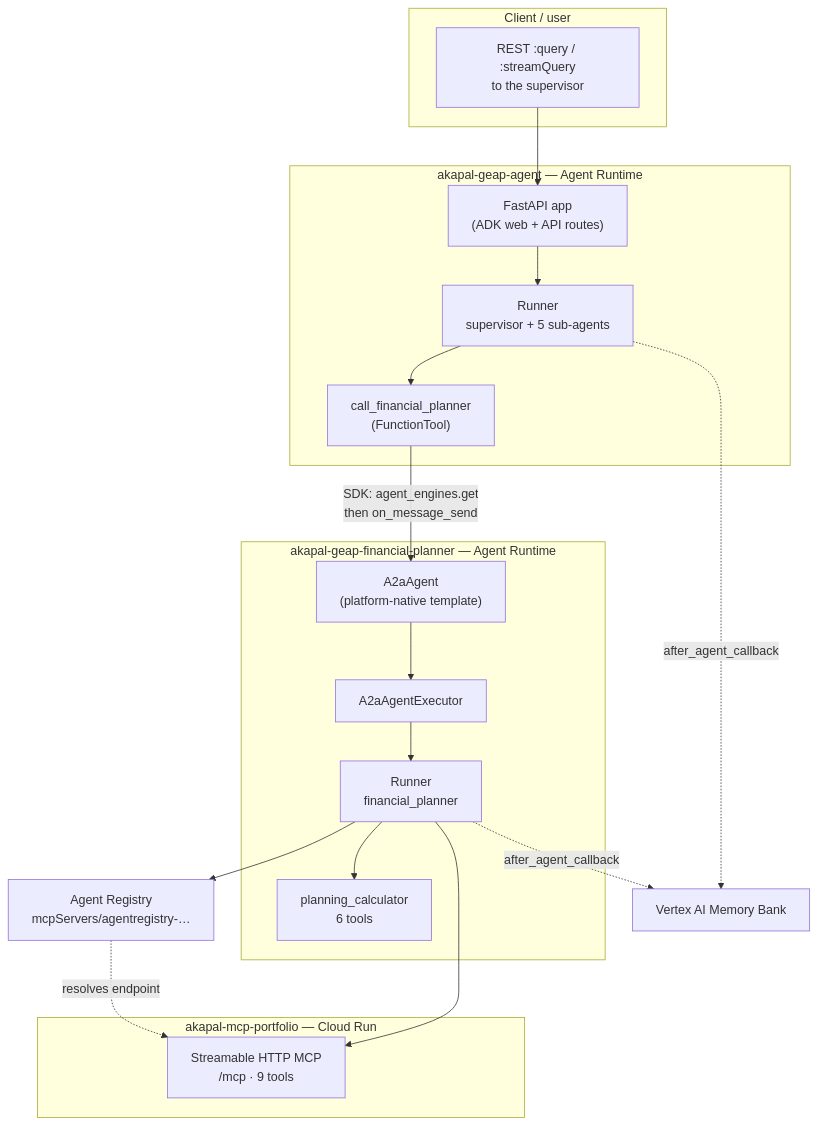
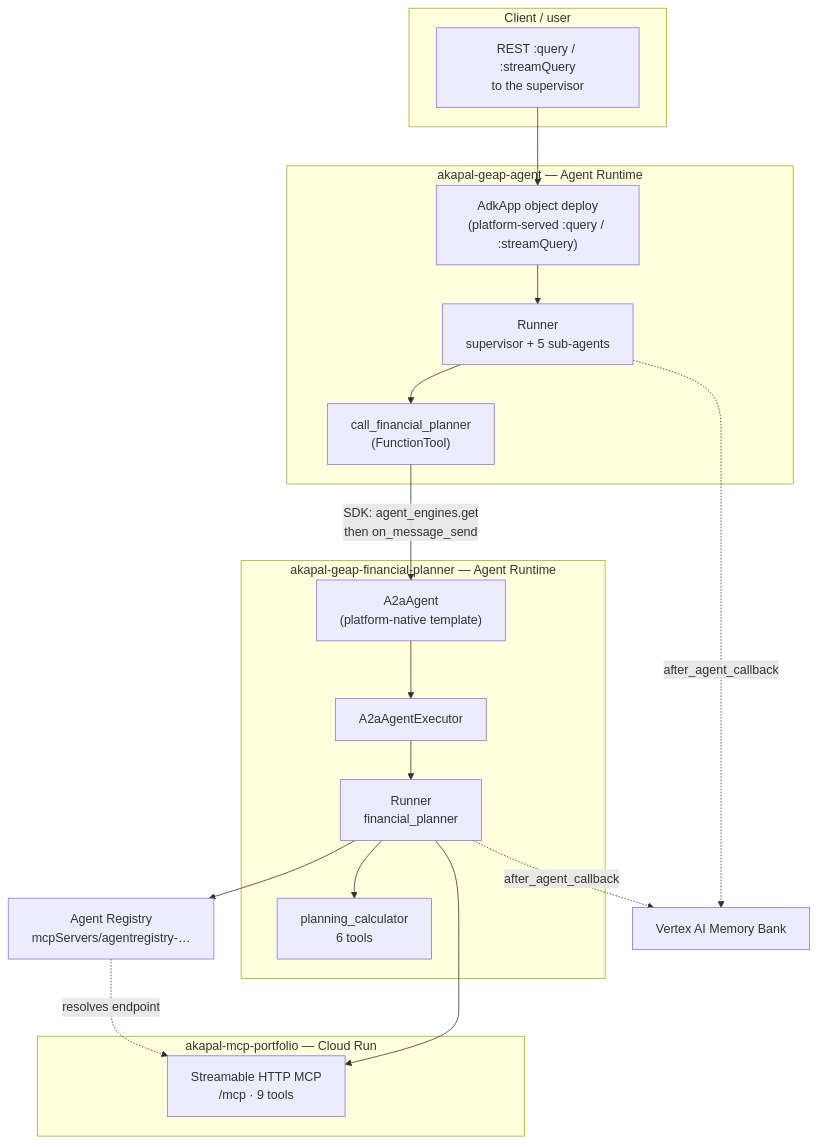
The diagram in docs/AGENT_RUNTIME_A2A.md (akashh94/akapal-geap-agent), drawn with Mermaid before and after one commit. The commit also changed other lines of this file and 7 other files, not shown here.

First line of the commit message:
Add an architecture overview and correct stale docs

````diff
--- a/docs/AGENT_RUNTIME_A2A.md
+++ b/docs/AGENT_RUNTIME_A2A.md
@@ -74,38 +74,38 @@
 ```mermaid
 flowchart TB
     subgraph Client["Client / user"]
         Caller["REST :query / :streamQuery<br/>to the supervisor"]
     end
 
     subgraph Sup["akapal-geap-agent — Agent Runtime"]
-        SupApp["FastAPI app<br/>(ADK web + API routes)"]
+        SupApp["AdkApp object deploy<br/>(platform-served :query / :streamQuery)"]
         Tool["call_financial_planner<br/>(FunctionTool)"]
         Runner1["Runner<br/>supervisor + 5 sub-agents"]
     end
 
     subgraph Plan["akapal-geap-financial-planner — Agent Runtime"]
         A2aAgent["A2aAgent<br/>(platform-native template)"]
         Exec["A2aAgentExecutor"]
         Runner2["Runner<br/>financial_planner"]
         Calc["planning_calculator<br/>6 tools"]
     end
 
     subgraph Mcp["akapal-mcp-portfolio — Cloud Run"]
         McpSrv["Streamable HTTP MCP<br/>/mcp · 9 tools"]
     end
 
     Registry["Agent Registry<br/>mcpServers/agentregistry-…"]
 
     Caller --> SupApp
     SupApp --> Runner1 --> Tool
     Tool -->|"SDK: agent_engines.get<br/>then on_message_send"| A2aAgent
     A2aAgent --> Exec --> Runner2
     Runner2 --> Calc
     Runner2 --> Registry
     Registry -.->|"resolves endpoint"| McpSrv
     Runner2 --> McpSrv
 
     Bank["Vertex AI Memory Bank"]
     Runner1 -.->|"after_agent_callback"| Bank
     Runner2 -.->|"after_agent_callback"| Bank
 ```
````
